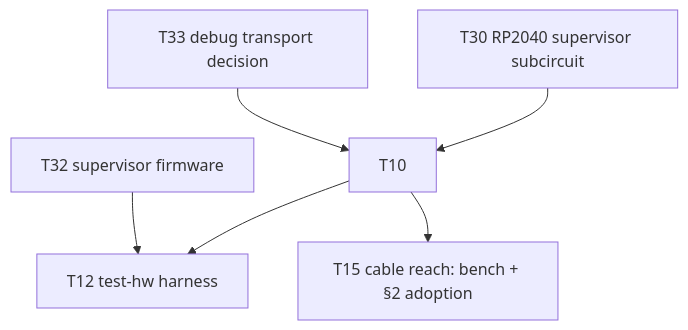
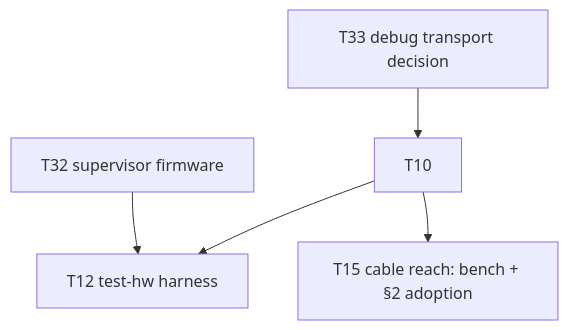
The diagram in KANBAN.md (kristofferkoch/oparroy), drawn with Mermaid before and after one commit. The commit also changed other lines of this file, not shown here.

First line of the commit message:
kanban: ship the RP2040 supervisor subcircuit card

````diff
--- a/KANBAN.md
+++ b/KANBAN.md
@@ -34,8 +34,7 @@
 ```mermaid
 graph TD
-    T30[T30 RP2040 supervisor subcircuit] --> T10
     T33[T33 debug transport decision] --> T10
     T10 --> T12[T12 test-hw harness]
     T10 --> T15[T15 cable reach: bench + §2 adoption]
     T32[T32 supervisor firmware] --> T12
 ```
````
